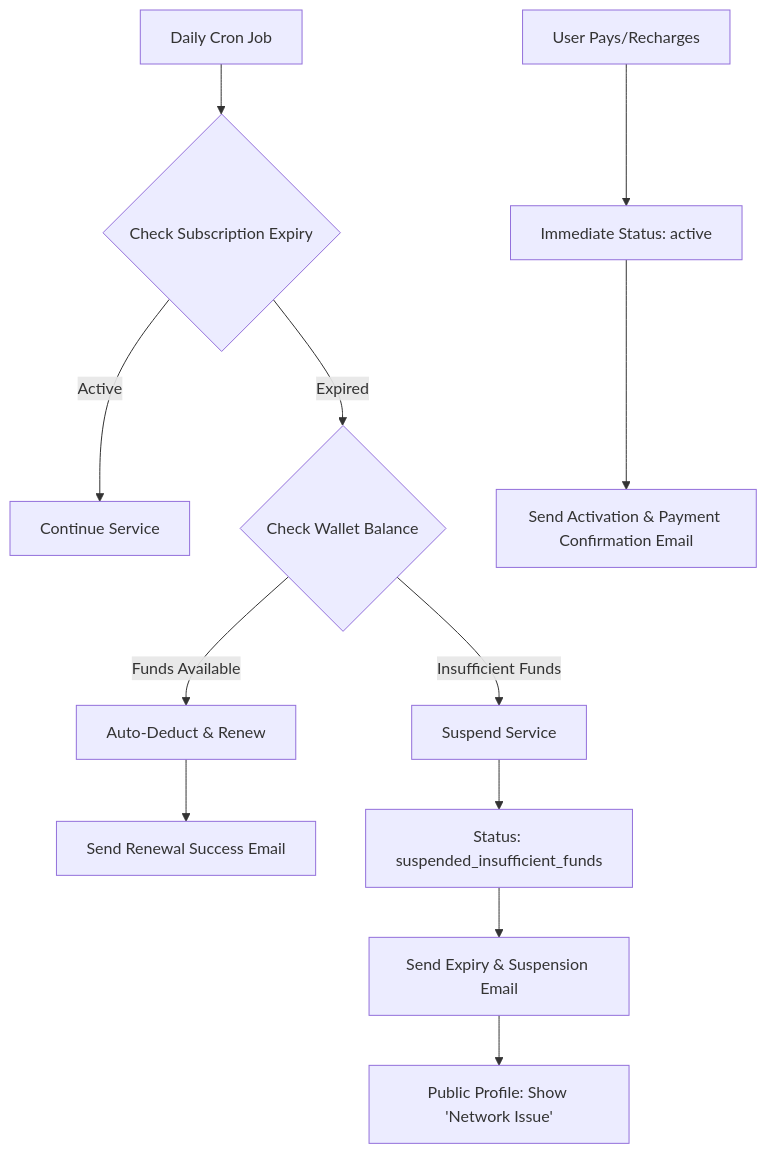
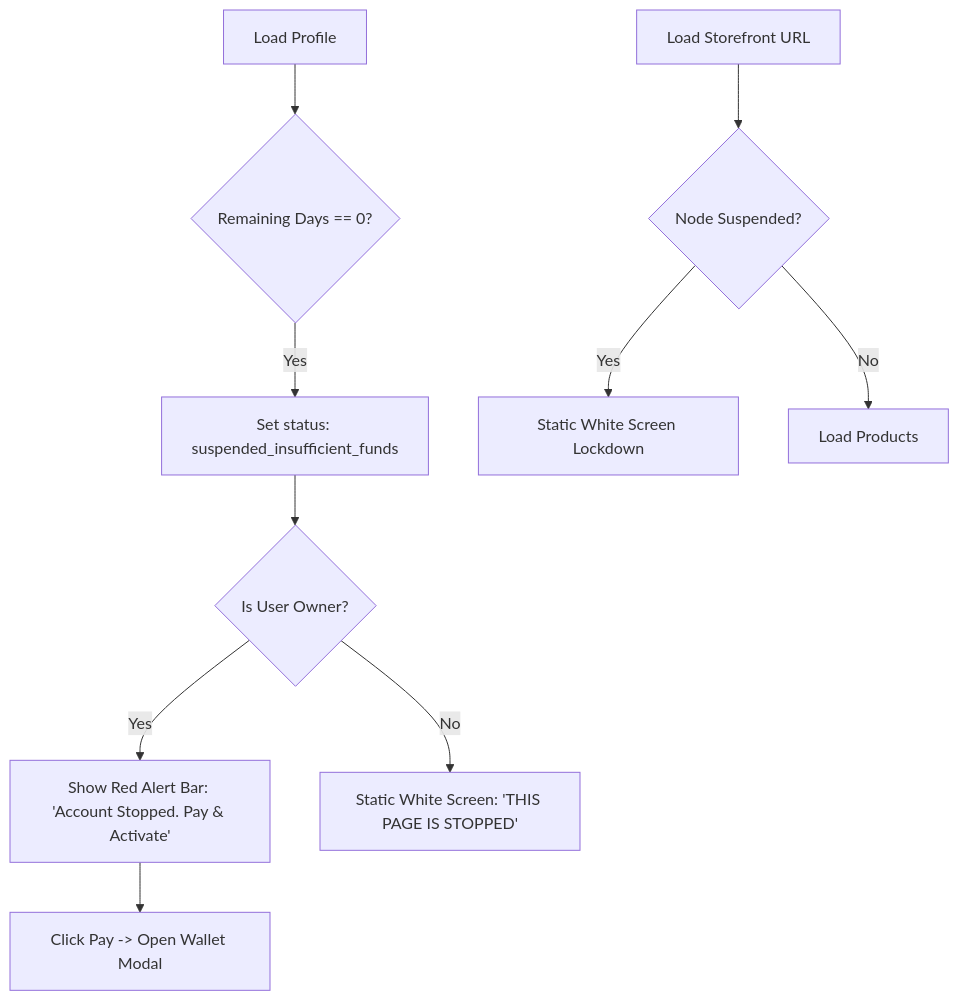
The diagram in .artifacts/074f8ead-9721-4f77-87d0-951ebe4b1d7d/implementation_plan.artifact.md (Suriya663/codez48-web-automation), drawn with Mermaid before and after one commit. The commit also changed other lines of this file and 9 other files, not shown here.

````diff
--- a/.artifacts/074f8ead-9721-4f77-87d0-951ebe4b1d7d/implementation_plan.artifact.md
+++ b/.artifacts/074f8ead-9721-4f77-87d0-951ebe4b1d7d/implementation_plan.artifact.md
@@ -7,17 +7,15 @@
 ```mermaid
 flowchart TD
-    A[Daily Cron Job] --> B{Check Subscription Expiry}
-    B -->|Active| C[Continue Service]
-    B -->|Expired| D{Check Wallet Balance}
+    A[Load Profile] --> B{Remaining Days == 0?}
+    B -->|Yes| C[Set status: suspended_insufficient_funds]
+    C --> D{Is User Owner?}
 
-    D -->|Funds Available| E[Auto-Deduct & Renew]
-    E --> F[Send Renewal Success Email]
+    D -->|Yes| E[Show Red Alert Bar: 'Account Stopped. Pay & Activate']
+    E --> F[Click Pay -> Open Wallet Modal]
 
-    D -->|Insufficient Funds| G[Suspend Service]
-    G --> H[Status: suspended_insufficient_funds]
-    H --> I[Send Expiry & Suspension Email]
-    I --> J[Public Profile: Show 'Network Issue']
+    D -->|No| G[Static White Screen: 'THIS PAGE IS STOPPED']
 
-    K[User Pays/Recharges] --> L[Immediate Status: active]
-    L --> M[Send Activation & Payment Confirmation Email]
+    H[Load Storefront URL] --> I{Node Suspended?}
+    I -->|Yes| J[Static White Screen Lockdown]
+    I -->|No| K[Load Products]
 ```
````
